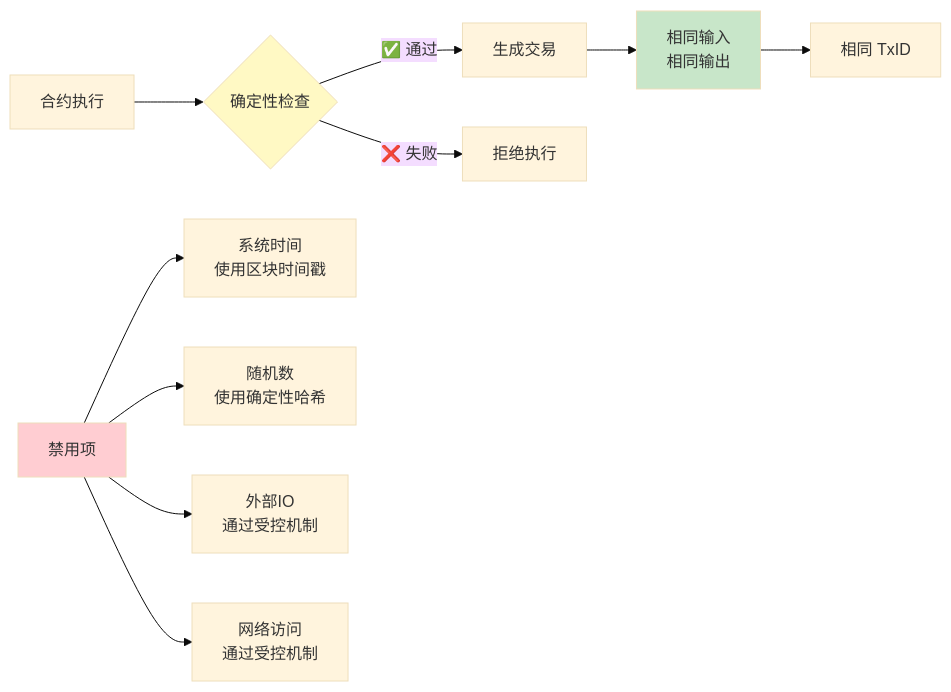
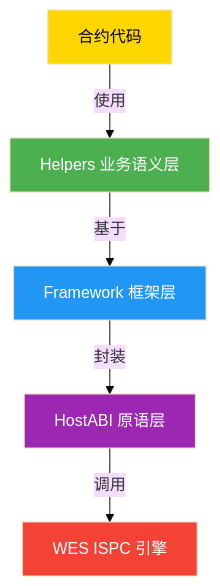
One commit to weisyn/contract-sdk-js changed the second of 2 diagrams in docs/DEVELOPER_GUIDE.md. Above: the diagram before and after it, drawn with Mermaid (base theme). The commit also changed other lines of this file and 20 other files, not shown here.

````diff
--- a/docs/DEVELOPER_GUIDE.md
+++ b/docs/DEVELOPER_GUIDE.md
@@ -235,18 +104,13 @@
 ```mermaid
-graph LR
-    A[合约执行] --> B{确定性检查}
-    B -->|✅ 通过| C[生成交易]
-    B -->|❌ 失败| D[拒绝执行]
+graph TB
+    A[合约代码] -->|使用| B[Helpers 业务语义层]
+    B -->|基于| C[Framework 框架层]
+    C -->|封装| D[HostABI 原语层]
+    D -->|调用| E[WES ISPC 引擎]
     
-    C --> E[相同输入<br/>相同输出]
-    E --> F[相同 TxID]
-    
-    G[禁用项] --> H[系统时间<br/>使用区块时间戳]
-    G --> I[随机数<br/>使用确定性哈希]
-    G --> J[外部IO<br/>通过受控机制]
-    G --> K[网络访问<br/>通过受控机制]
-    
-    style B fill:#FFF9C4
-    style E fill:#C8E6C9
-    style G fill:#FFCDD2
+    style A fill:#FFD700,color:#000
+    style B fill:#4CAF50,color:#fff
+    style C fill:#2196F3,color:#fff
+    style D fill:#9C27B0,color:#fff
+    style E fill:#F44336,color:#fff
 ```
````
